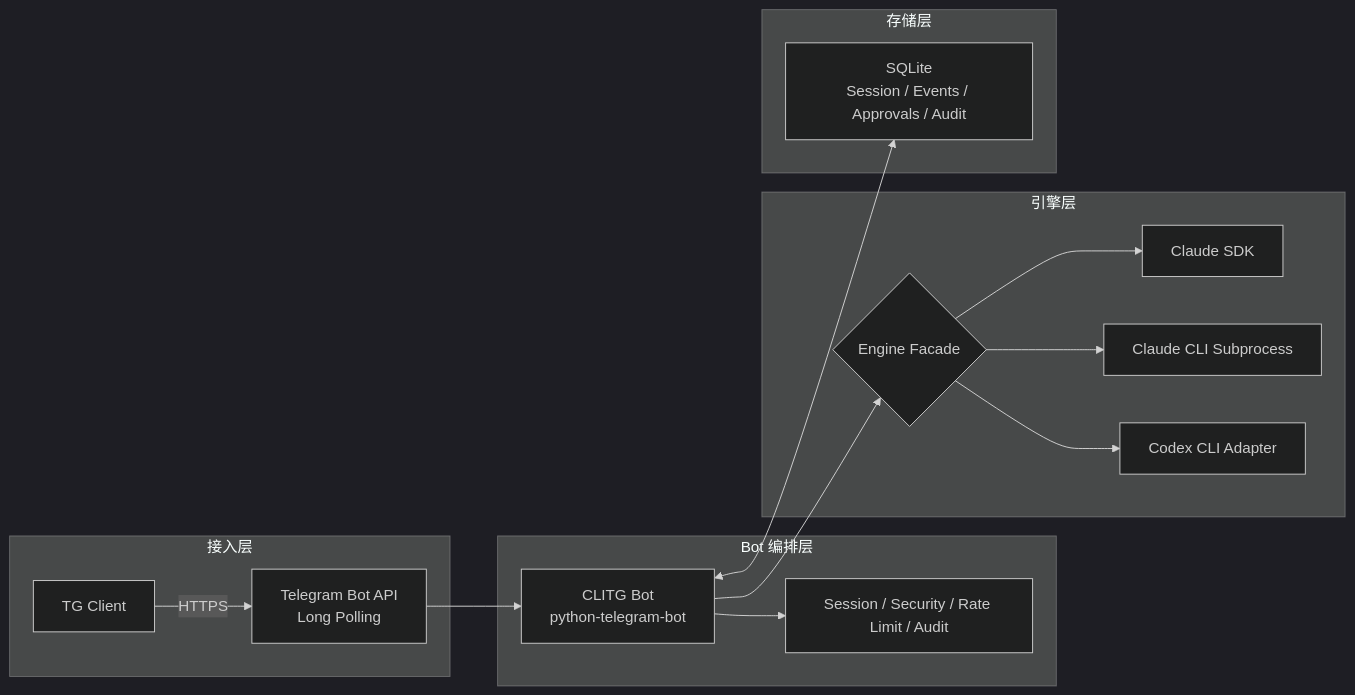
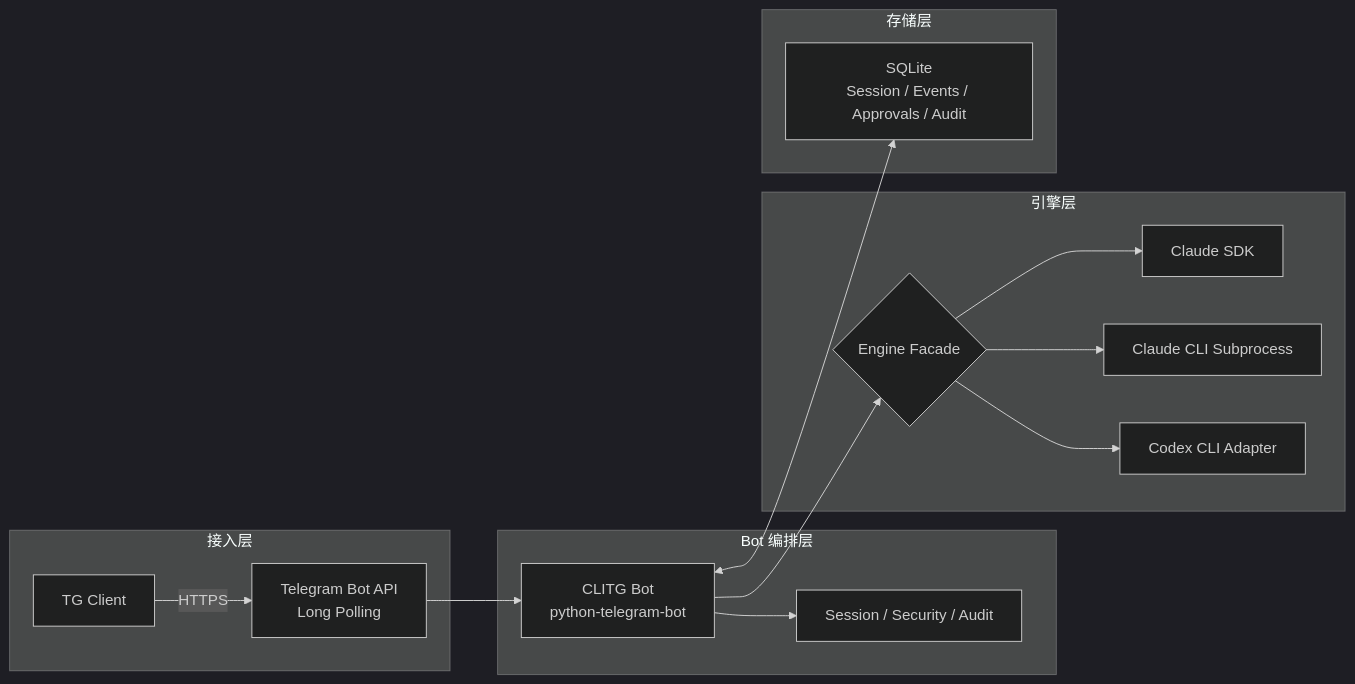
The diagram in README.md (codingSamss/cc-telegram), drawn with Mermaid (dark theme) before and after one commit. The commit also changed other lines of this file and 82 other files, not shown here.

Commit message:
refactor: simplify auth flow and unify command/docs cleanup

````diff
--- a/README.md
+++ b/README.md
@@ -19,31 +19,31 @@
 ```mermaid
 flowchart LR
     subgraph U["接入层"]
         A["TG Client"]
         B["Telegram Bot API<br/>Long Polling"]
     end
 
     subgraph C["Bot 编排层"]
         C1["CLITG Bot<br/>python-telegram-bot"]
-        C2["Session / Security / Rate Limit / Audit"]
+        C2["Session / Security / Audit"]
     end
 
     subgraph E["引擎层"]
         E0{"Engine Facade"}
         E1["Claude SDK"]
         E2["Claude CLI Subprocess"]
         E3["Codex CLI Adapter"]
     end
 
     subgraph S["存储层"]
         S1["SQLite<br/>Session / Events / Approvals / Audit"]
     end
 
     A -->|HTTPS| B --> C1
     C1 --> C2
     C1 --> E0
     E0 --> E1
     E0 --> E2
     E0 --> E3
     C1 <--> S1
 ```
````
